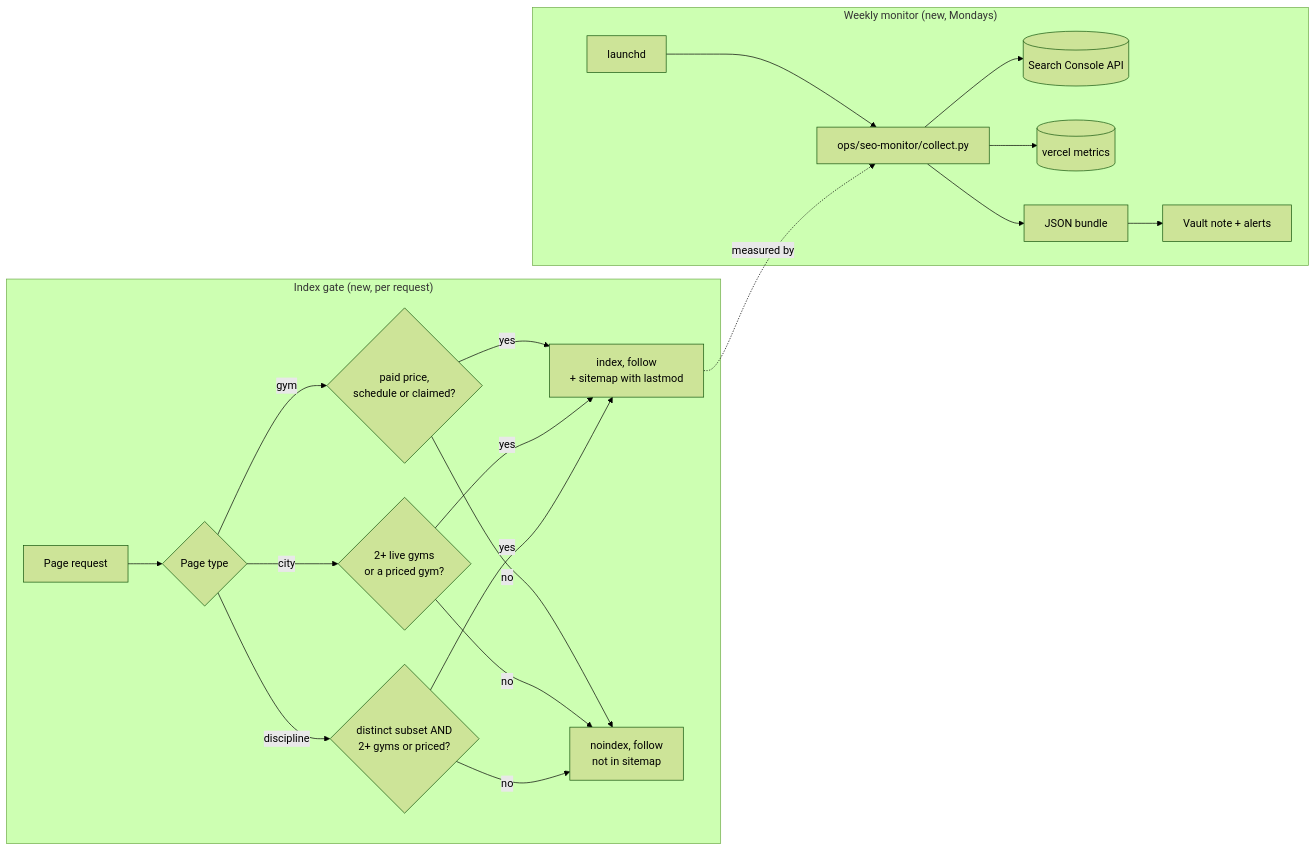
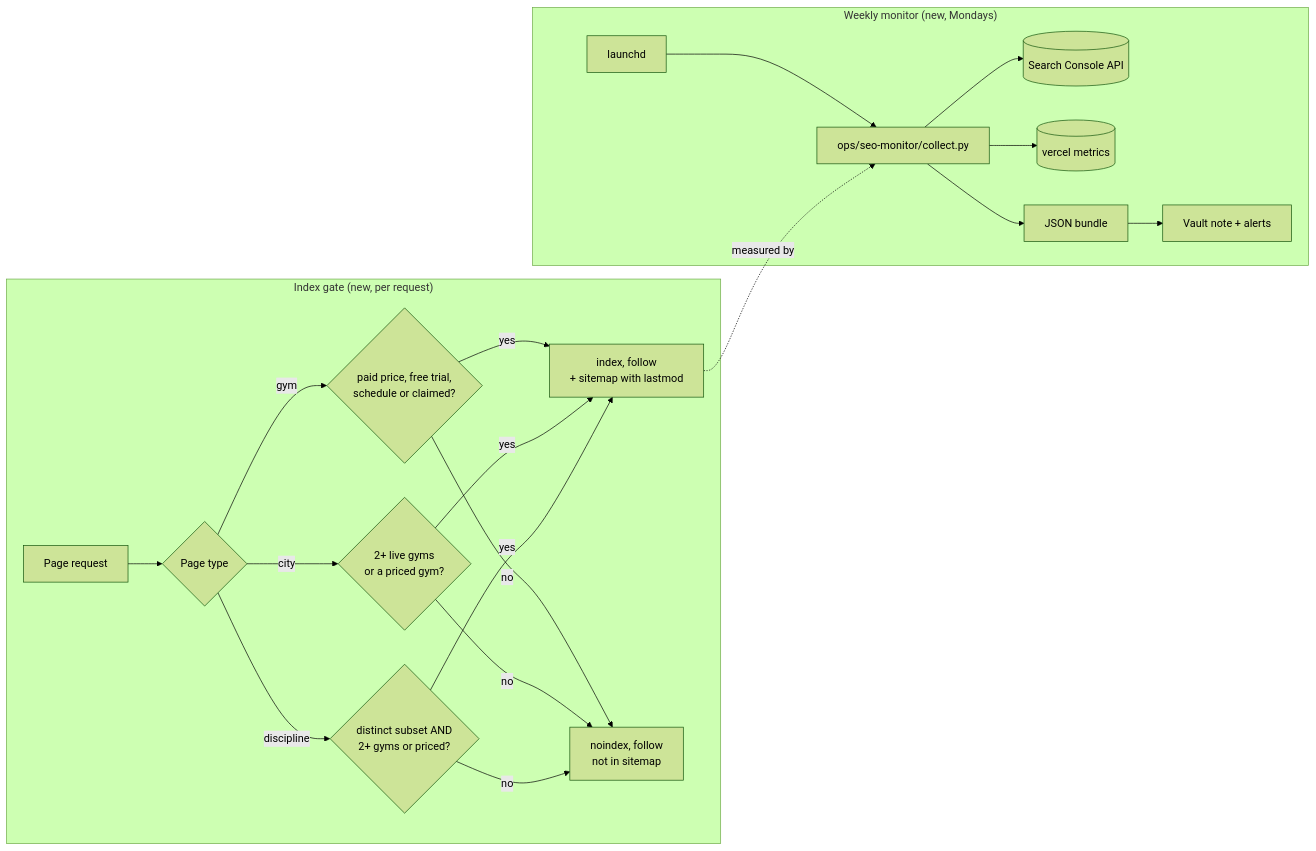
One commit to vnguyendc/fightgyms changed the diagram in docs/superpowers/plans/2026-10-29-seo-index-gate-and-monitor.md. Above: the diagram before and after it, drawn with Mermaid (forest theme). The commit also changed other lines of this file and 2 other files, not shown here.

First line of the commit message:
fix: qualify free-trial gyms for indexing (#17)

````diff
--- a/docs/superpowers/plans/2026-10-29-seo-index-gate-and-monitor.md
+++ b/docs/superpowers/plans/2026-10-29-seo-index-gate-and-monitor.md
@@ -27,18 +27,18 @@
 ```mermaid
 flowchart LR
   subgraph Gate["Index gate (new, per request)"]
     P[Page request] --> Q{Page type}
-    Q -- gym --> G{paid price,<br/>schedule or claimed?}
+    Q -- gym --> G{paid price, free trial,<br/>schedule or claimed?}
     Q -- city --> C{2+ live gyms<br/>or a priced gym?}
     Q -- discipline --> D{distinct subset AND<br/>2+ gyms or priced?}
     G & C & D -- yes --> I["index, follow<br/>+ sitemap with lastmod"]
     G & C & D -- no --> N["noindex, follow<br/>not in sitemap"]
   end
   subgraph Monitor["Weekly monitor (new, Mondays)"]
     L[launchd] --> S[ops/seo-monitor/collect.py]
     S --> GSC[(Search Console API)]
     S --> V[(vercel metrics)]
     S --> B[JSON bundle] --> VN[Vault note + alerts]
   end
   I -. measured by .-> S
 ```
````
